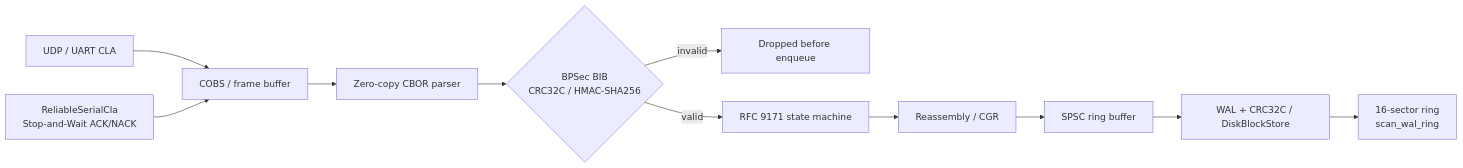
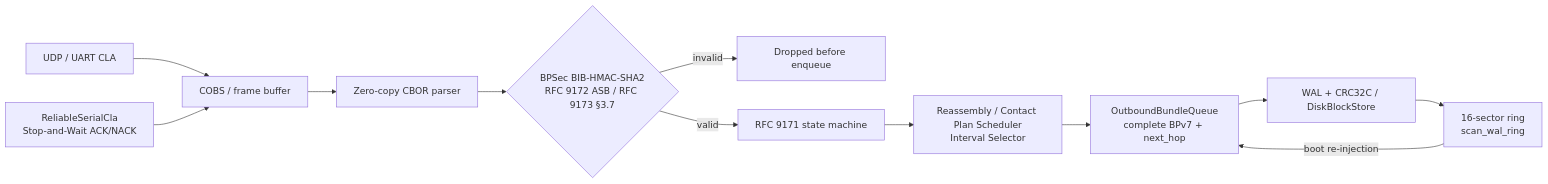
The second of 2 diagrams in README.md (srwangcr/dtn-core), drawn with Mermaid before and after one commit. The commit also changed other lines of this file and 13 other files, not shown here.

First line of the commit message:
fix: RFC 9173 BPSec, full-bundle forwarding and durable ARQ ACK

````diff
--- a/README.md
+++ b/README.md
@@ -220,13 +254,14 @@
 ```mermaid
 flowchart LR
     UDP[UDP / UART CLA] --> F[COBS / frame buffer]
     ARQ[ReliableSerialCla<br/>Stop-and-Wait ACK/NACK] --> F
     F --> CBOR[Zero-copy CBOR parser]
-    CBOR --> BIB{BPSec BIB<br/>CRC32C / HMAC-SHA256}
+    CBOR --> BIB{BPSec BIB-HMAC-SHA2<br/>RFC 9172 ASB / RFC 9173 §3.7}
     BIB -->|invalid| DROP[Dropped before enqueue]
     BIB -->|valid| SM[RFC 9171 state machine]
-    SM --> R[Reassembly / CGR]
-    R --> Q[SPSC ring buffer]
+    SM --> R[Reassembly / Contact Plan Scheduler<br/>Interval Selector]
+    R --> Q[OutboundBundleQueue<br/>complete BPv7 + next_hop]
     Q --> WAL[WAL + CRC32C / DiskBlockStore]
     WAL --> RING[16-sector ring<br/>scan_wal_ring]
+    RING -->|boot re-injection| Q
 ```
````
